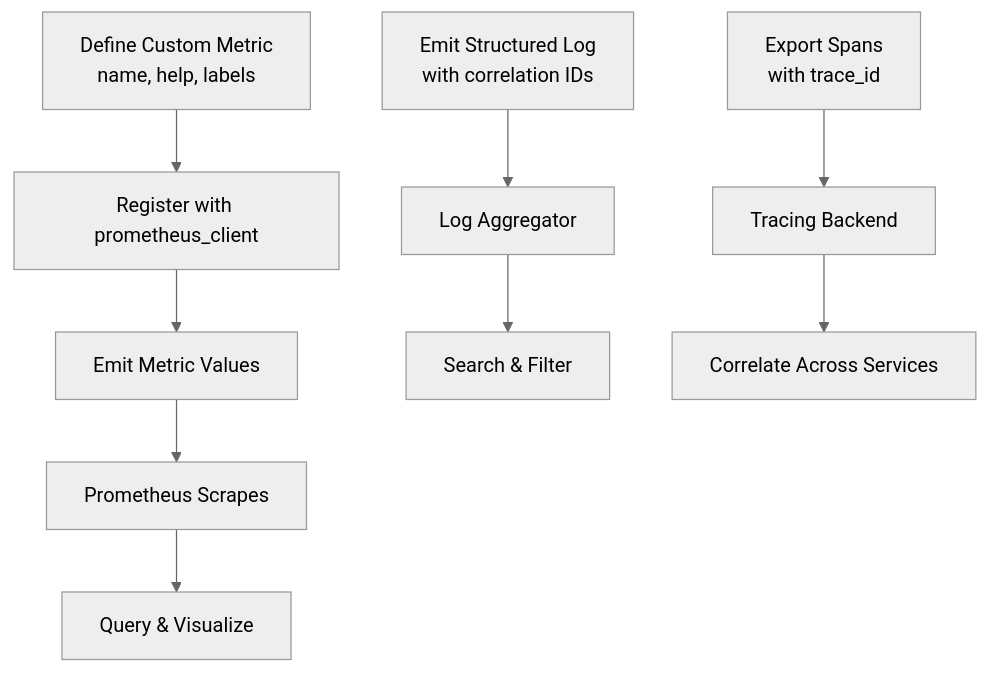
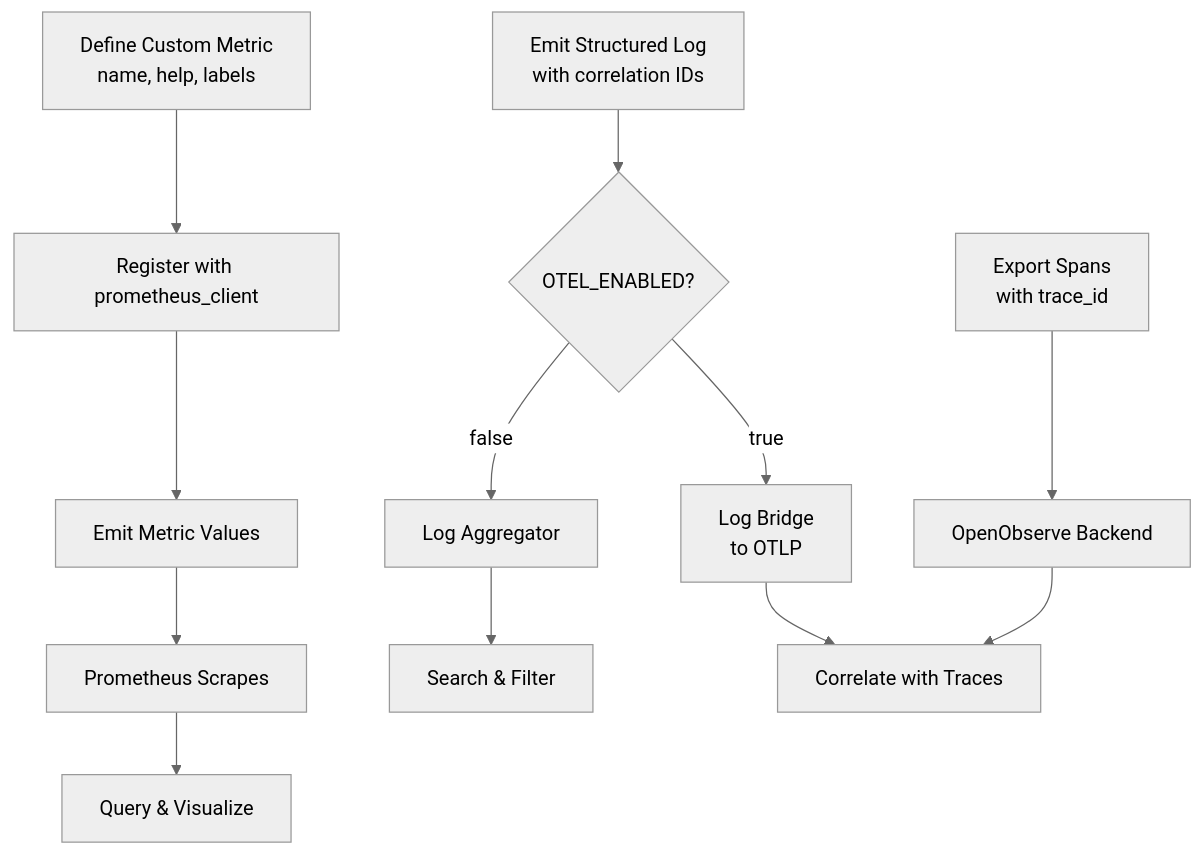
The ninth of 10 diagrams in .qoder/repowiki/en/content/Monitoring and Observability/Monitoring and Observability.md (metasync/luban-aiops), drawn with Mermaid (neutral theme) before and after one commit. The commit also changed other lines of this file and 71 other files, not shown here.

Commit message:
docs: refresh repowiki knowledge cache after OpenObserve telemetry enablement

````diff
--- a/.qoder/repowiki/en/content/Monitoring and Observability/Monitoring and Observability.md
+++ b/.qoder/repowiki/en/content/Monitoring and Observability/Monitoring and Observability.md
@@ -357,11 +443,14 @@
 ```mermaid
 flowchart TD
 DefineMetric["Define Custom Metric<br/>name, help, labels"] --> Register["Register with prometheus_client"]
 Register --> Emit["Emit Metric Values"]
 Emit --> Scrape["Prometheus Scrapes"]
 Scrape --> Query["Query & Visualize"]
-EmitLog["Emit Structured Log<br/>with correlation IDs"] --> Aggregate["Log Aggregator"]
+EmitLog["Emit Structured Log<br/>with correlation IDs"] --> CheckOTEL{"OTEL_ENABLED?"}
+CheckOTEL --> |false| Aggregate["Log Aggregator"]
+CheckOTEL --> |true| Bridge["Log Bridge<br/>to OTLP"]
+Bridge --> Correlate["Correlate with Traces"]
 Aggregate --> Search["Search & Filter"]
-ExportTrace["Export Spans<br/>with trace_id"] --> TracingBackend["Tracing Backend"]
-TracingBackend --> Correlate["Correlate Across Services"]
+ExportTrace["Export Spans<br/>with trace_id"] --> OpenObserve["OpenObserve Backend"]
+OpenObserve --> Correlate
 ```
````
